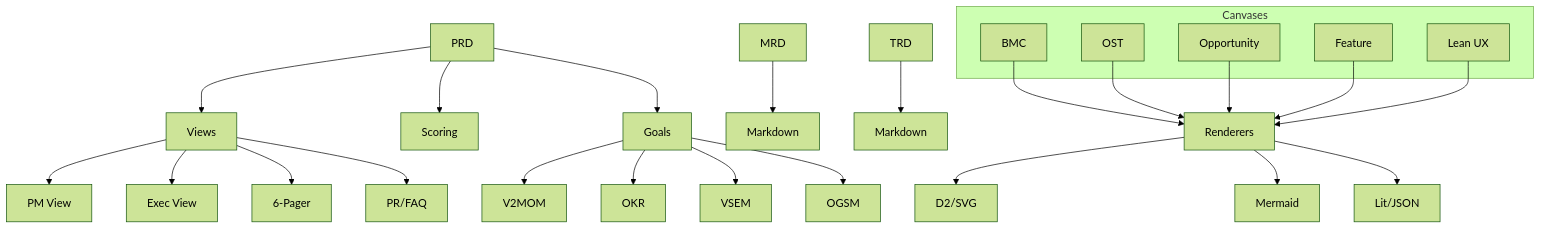
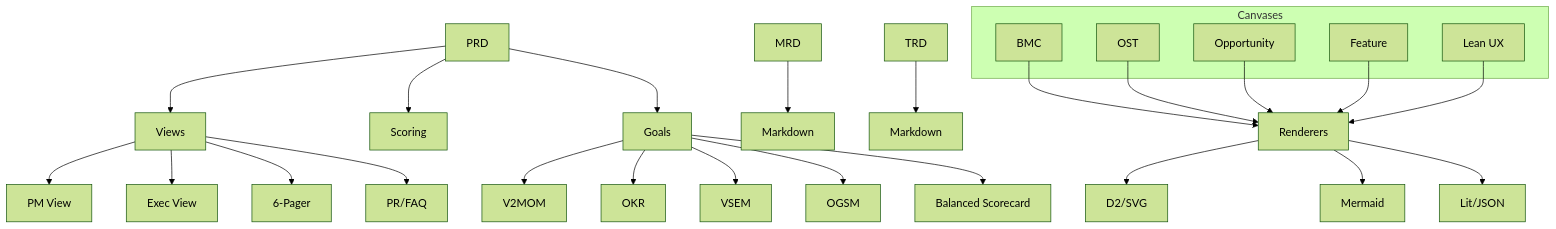
The first of 2 diagrams in docs/index.md (grokify/prism-roadmap), drawn with Mermaid (forest theme) before and after one commit. The commit also changed other lines of this file and 10 other files, not shown here.

First line of the commit message:
docs: add the Balanced Scorecard guide and classify the goal frameworks

````diff
--- a/docs/index.md
+++ b/docs/index.md
@@ -40,37 +40,38 @@
 ```mermaid
 graph TD
     A[PRD] --> B[Views]
     A --> C[Scoring]
     A --> D[Goals]
 
     B --> B1[PM View]
     B --> B2[Exec View]
     B --> B3[6-Pager]
     B --> B4[PR/FAQ]
 
     D --> D1[V2MOM]
     D --> D2[OKR]
     D --> D3[VSEM]
     D --> D4[OGSM]
+    D --> D5[Balanced Scorecard]
 
     E[MRD] --> F[Markdown]
     G[TRD] --> H[Markdown]
 
     subgraph Canvases
         CV1[BMC]
         CV2[OST]
         CV3[Opportunity]
         CV4[Feature]
         CV5[Lean UX]
     end
 
     CV1 --> R[Renderers]
     CV2 --> R
     CV3 --> R
     CV4 --> R
     CV5 --> R
 
     R --> R1[D2/SVG]
     R --> R2[Mermaid]
     R --> R3[Lit/JSON]
 ```
````
